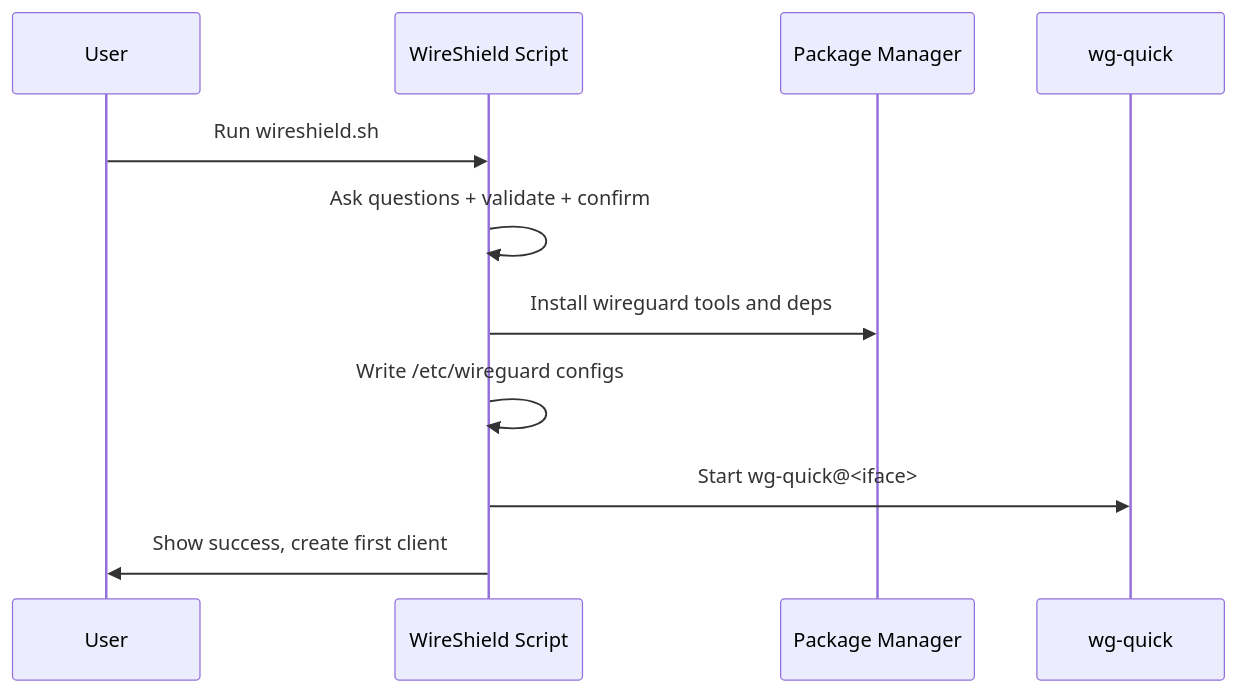
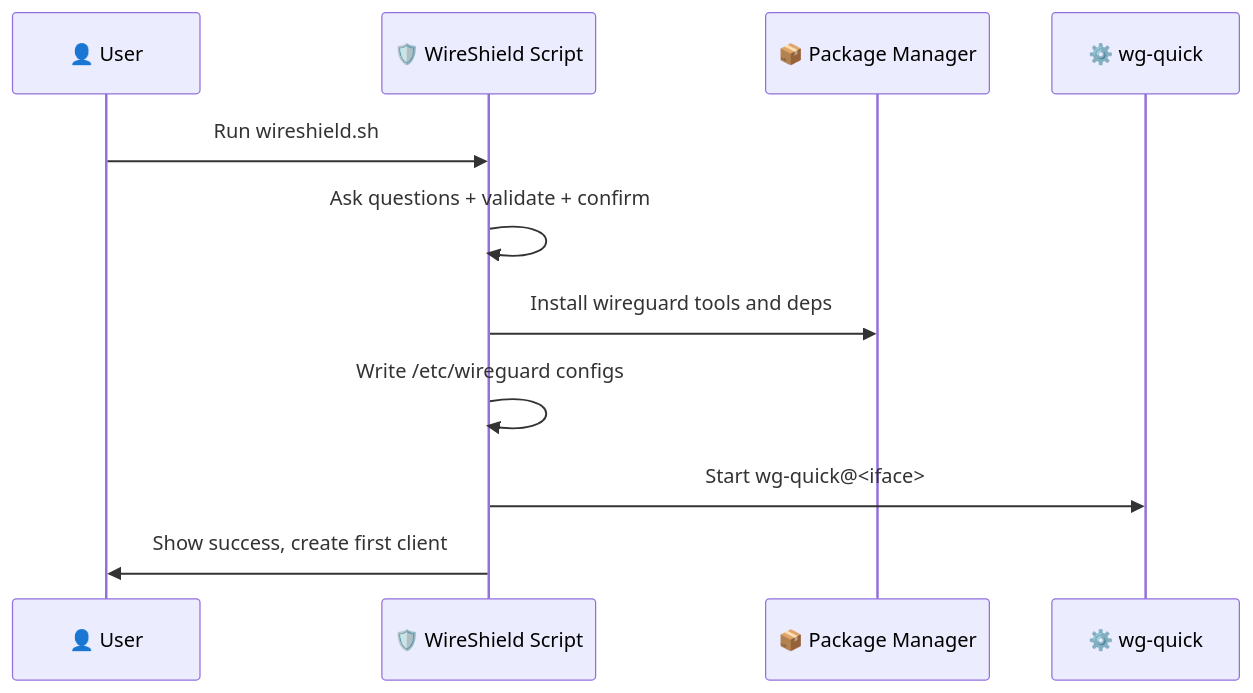
Before and after one commit to siyamsarker/WireShield: the second of 2 diagrams in README.md, drawn with Mermaid. The commit also changed other lines of this file, not shown here.

````diff
--- a/README.md
+++ b/README.md
@@ -224,14 +274,14 @@
 ```mermaid
 sequenceDiagram
-  participant U as User
-  participant WS as WireShield Script
-  participant PM as Package Manager
-  participant WG as wg-quick
+  participant U as 👤 User
+  participant WS as 🛡️ WireShield Script
+  participant PM as 📦 Package Manager
+  participant WG as ⚙️ wg-quick
 
   U->>WS: Run wireshield.sh
   WS->>WS: Ask questions + validate + confirm
   WS->>PM: Install wireguard tools and deps
   WS->>WS: Write /etc/wireguard configs
   WS->>WG: Start wg-quick@<iface>
   WS->>U: Show success, create first client
 ```
````
